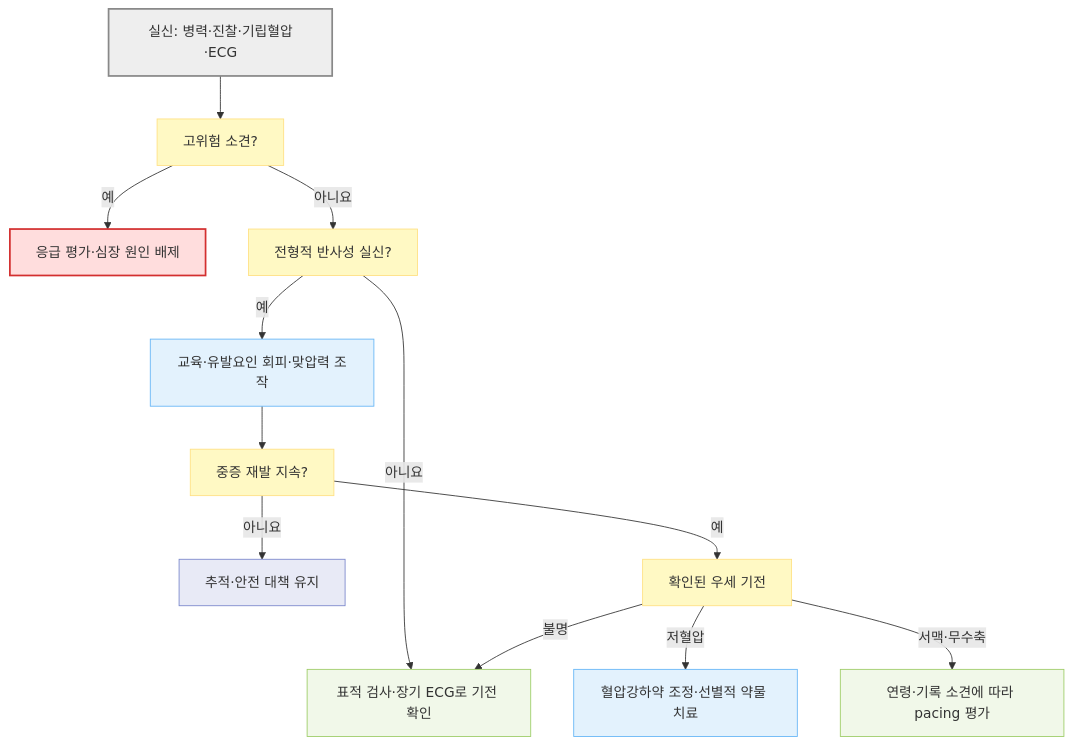
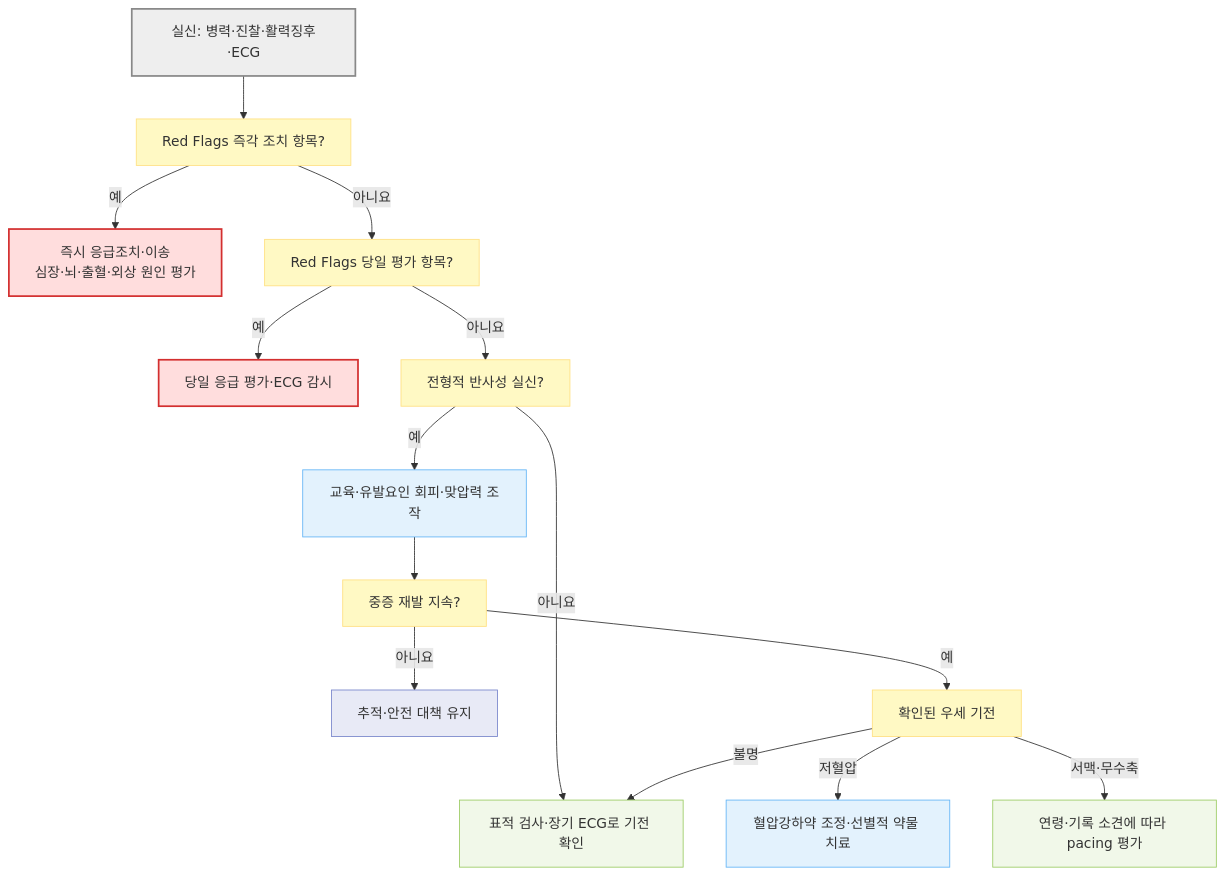
Before and after one commit to familyoh77/familyoh77: the diagram in 221_/022_-reflex-syncope.md, drawn with Mermaid. The commit also changed other lines of this file and 1 other file, not shown here.

````diff
--- a/221_/022_-reflex-syncope.md
+++ b/221_/022_-reflex-syncope.md
@@ -129,27 +133,29 @@
 ```mermaid
 flowchart TD
-    A["실신: 병력·진찰·기립혈압·ECG"] --> B["고위험 소견?"]
-    B -- "예" --> C["응급 평가·심장 원인 배제"]
-    B -- "아니요" --> D["전형적 반사성 실신?"]
+    A["실신: 병력·진찰·활력징후·ECG"] --> B["Red Flags 즉각 조치 항목?"]
+    B -- "예" --> C["즉시 응급조치·이송<br>심장·뇌·출혈·외상 원인 평가"]
+    B -- "아니요" --> B2["Red Flags 당일 평가 항목?"]
+    B2 -- "예" --> C2["당일 응급 평가·ECG 감시"]
+    B2 -- "아니요" --> D["전형적 반사성 실신?"]
     D -- "아니요" --> E["표적 검사·장기 ECG로 기전 확인"]
     D -- "예" --> F["교육·유발요인 회피·맞압력 조작"]
     F --> G["중증 재발 지속?"]
     G -- "아니요" --> H["추적·안전 대책 유지"]
     G -- "예" --> I["확인된 우세 기전"]
     I -- "저혈압" --> J["혈압강하약 조정·선별적 약물 치료"]
     I -- "서맥·무수축" --> K["연령·기록 소견에 따라 pacing 평가"]
     I -- "불명" --> E
 
     classDef start fill:#eeeeee,stroke:#888888,stroke-width:2px
     classDef question fill:#fff9c4,stroke:#ffe082
     classDef emergency fill:#ffdddd,stroke:#d32f2f,stroke-width:2px
     classDef evaluation fill:#f1f8e9,stroke:#9ccc65
     classDef treatment fill:#e3f2fd,stroke:#64b5f6
     classDef followup fill:#e8eaf6,stroke:#7986cb
     class A start
-    class B,D,G,I question
-    class C emergency
+    class B,B2,D,G,I question
+    class C,C2 emergency
     class E,K evaluation
     class F,J treatment
     class H followup
 ```
````
